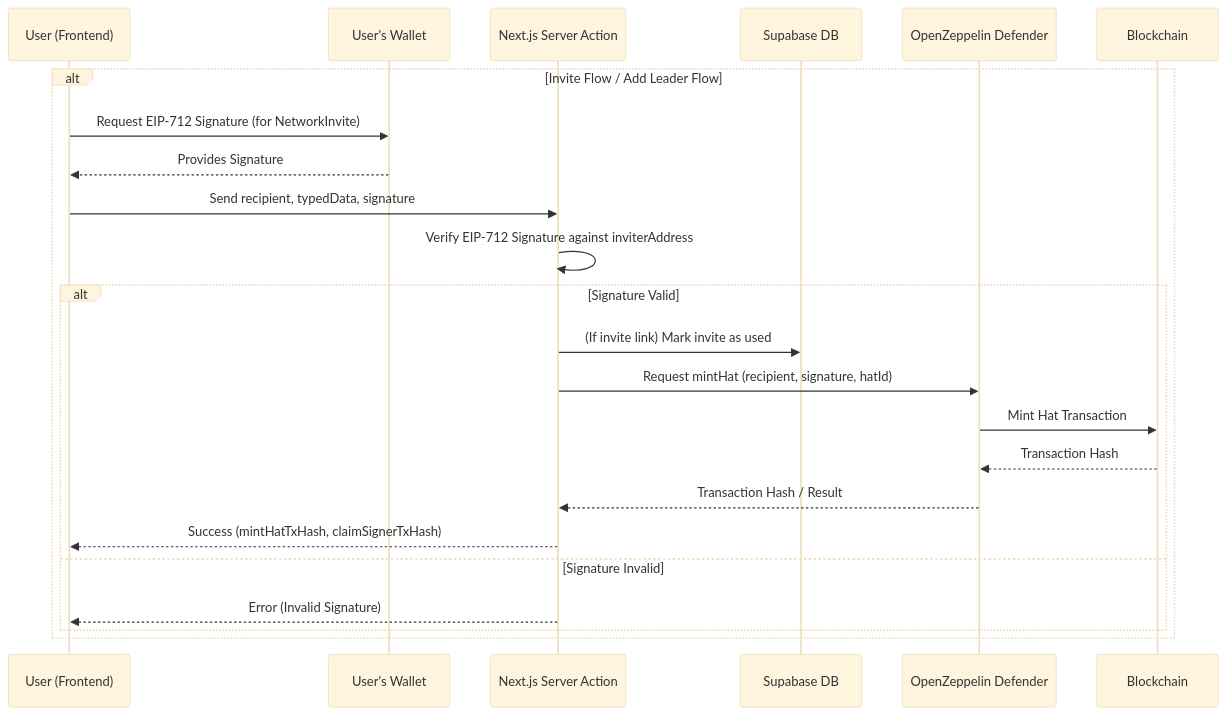
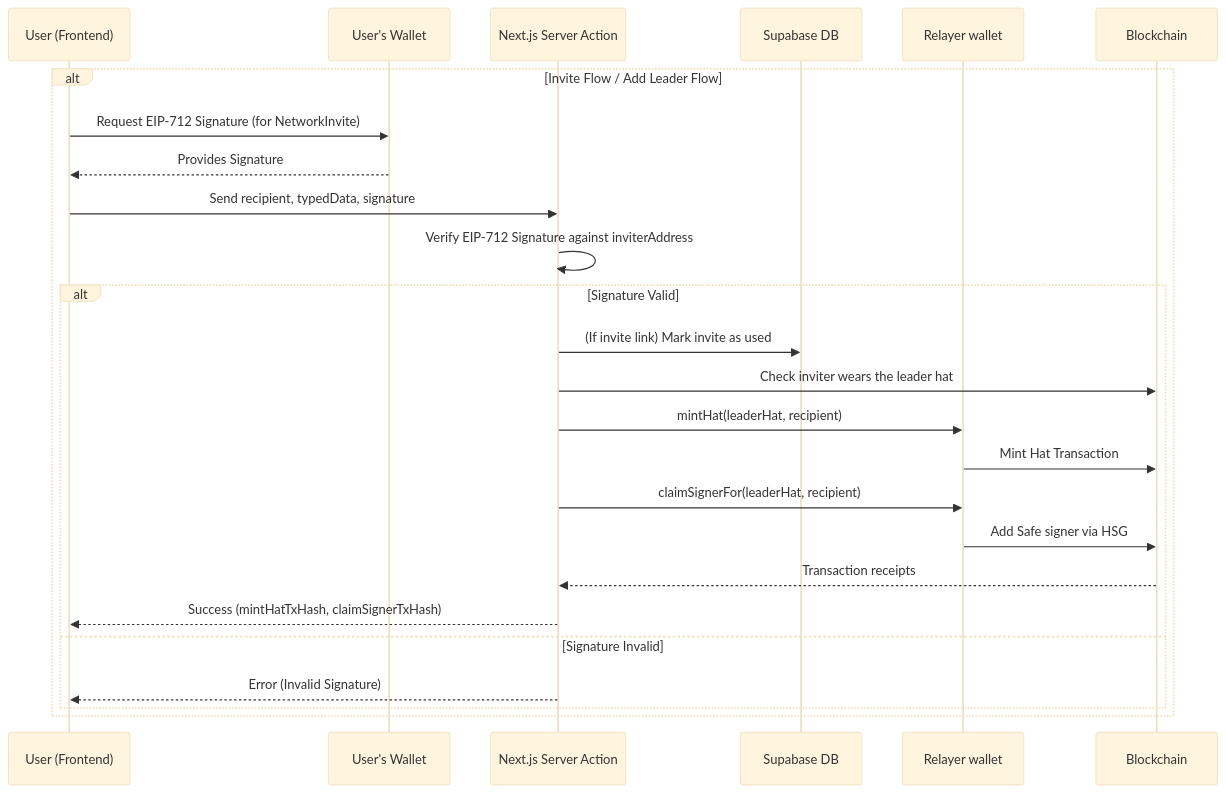
Before and after one commit to holonym-foundation/refunite-network: the second of 2 diagrams in README.md, drawn with Mermaid (base theme). The commit also changed other lines of this file and 14 other files, not shown here.

First line of the commit message:
feat(onboarding): replace Defender Action with in-app relayer

````diff
--- a/README.md
+++ b/README.md
@@ -107,26 +107,28 @@
 ```mermaid
 sequenceDiagram
     participant UserFrontend as User (Frontend)
     participant Wallet as User's Wallet
     participant ServerAction as Next.js Server Action
     participant SupabaseDB as Supabase DB
-    participant DefenderRelay as OpenZeppelin Defender
+    participant Relayer as Relayer wallet
     participant Blockchain
 
     alt Invite Flow / Add Leader Flow
         UserFrontend->>Wallet: Request EIP-712 Signature (for NetworkInvite)
         Wallet-->>UserFrontend: Provides Signature
         UserFrontend->>ServerAction: Send recipient, typedData, signature
         ServerAction->>ServerAction: Verify EIP-712 Signature against inviterAddress
         alt Signature Valid
             ServerAction->>SupabaseDB: (If invite link) Mark invite as used
-            ServerAction->>DefenderRelay: Request mintHat (recipient, signature, hatId)
-            DefenderRelay->>Blockchain: Mint Hat Transaction
-            Blockchain-->>DefenderRelay: Transaction Hash
-            DefenderRelay-->>ServerAction: Transaction Hash / Result
+            ServerAction->>Blockchain: Check inviter wears the leader hat
+            ServerAction->>Relayer: mintHat(leaderHat, recipient)
+            Relayer->>Blockchain: Mint Hat Transaction
+            ServerAction->>Relayer: claimSignerFor(leaderHat, recipient)
+            Relayer->>Blockchain: Add Safe signer via HSG
+            Blockchain-->>ServerAction: Transaction receipts
             ServerAction-->>UserFrontend: Success (mintHatTxHash, claimSignerTxHash)
         else Signature Invalid
             ServerAction-->>UserFrontend: Error (Invalid Signature)
         end
     end
 ```
````
